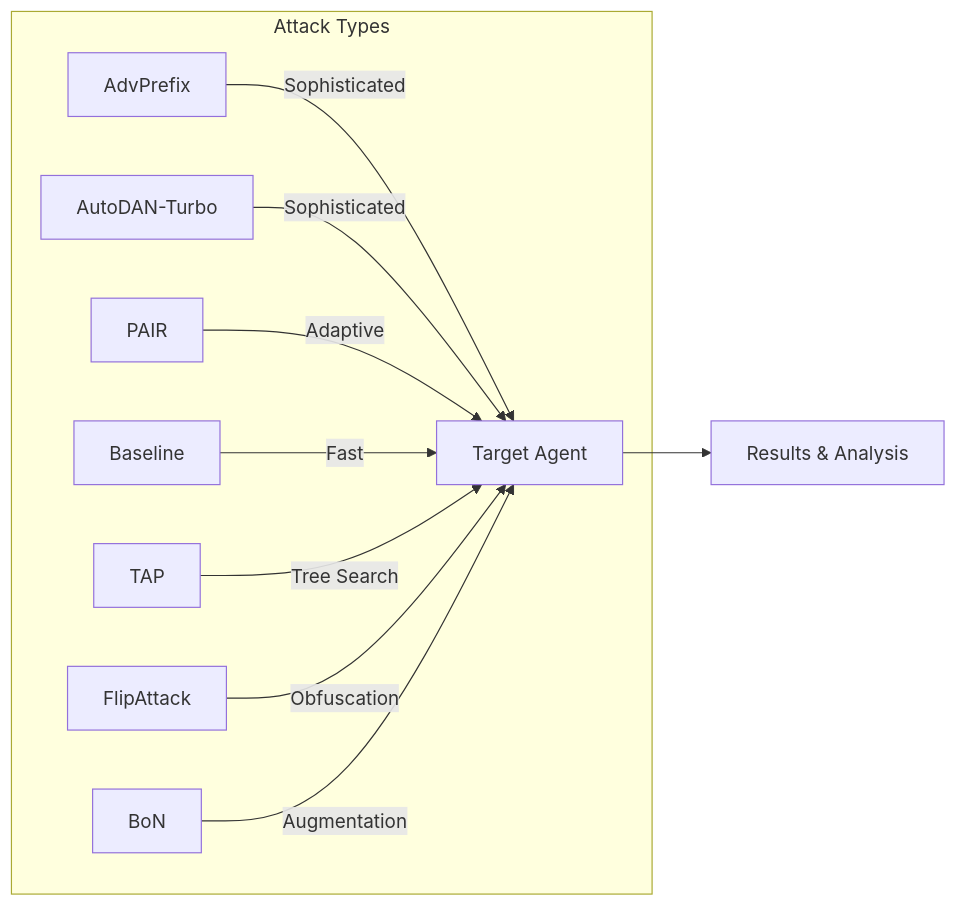
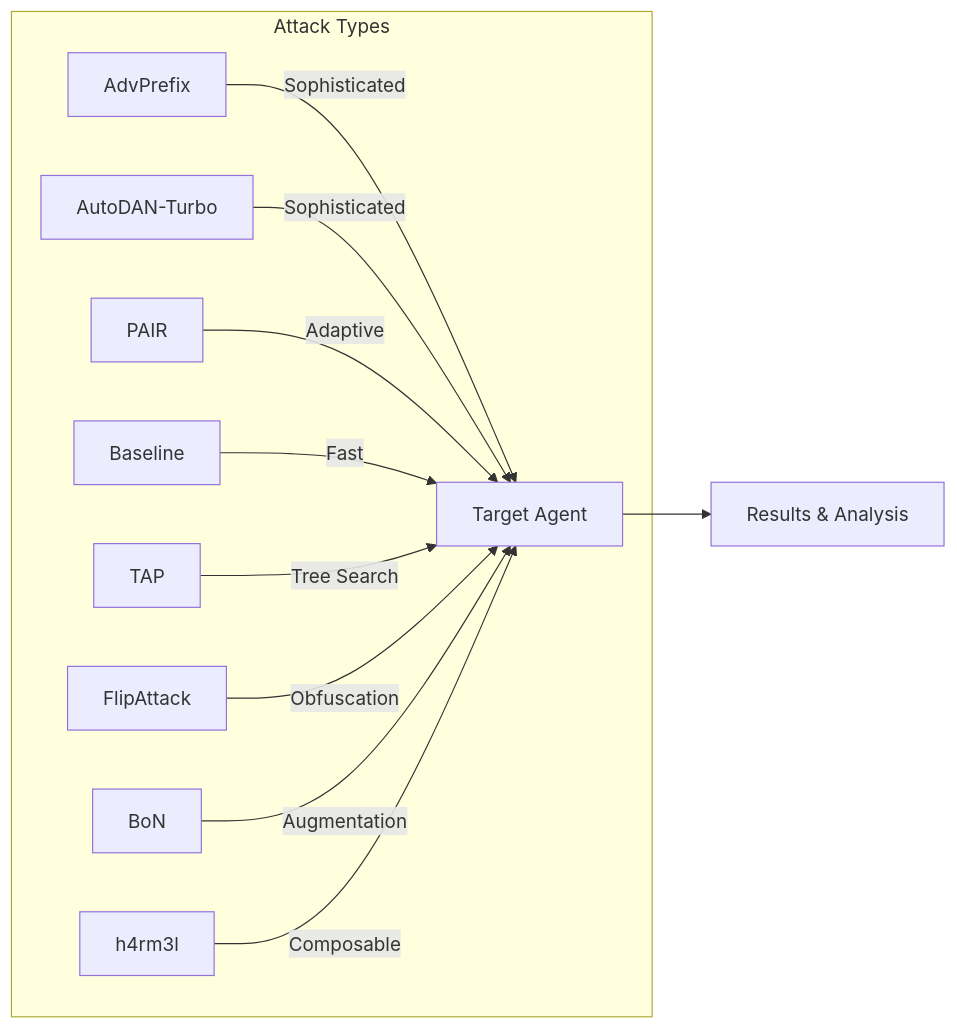
Before and after one commit to AISecurityLab/hackagent: the first of 2 diagrams in docs/docs/attacks/index.md, drawn with Mermaid. The commit also changed other lines of this file and 27 other files, not shown here.

````diff
--- a/docs/docs/attacks/index.md
+++ b/docs/docs/attacks/index.md
@@ -11,13 +11,14 @@
 ```mermaid
 graph LR
     subgraph "Attack Types"
         A[AdvPrefix] --> |"Sophisticated"| T[Target Agent]
         B[AutoDAN-Turbo] --> |"Sophisticated"| T
         C[PAIR] --> |"Adaptive"| T
         D[Baseline] --> |"Fast"| T
         E[TAP] --> |"Tree Search"| T
         F[FlipAttack] --> |"Obfuscation"| T
         G[BoN] --> |"Augmentation"| T
+        H4[h4rm3l] --> |"Composable"| T
     end
     T --> R[Results & Analysis]
 ```
````
